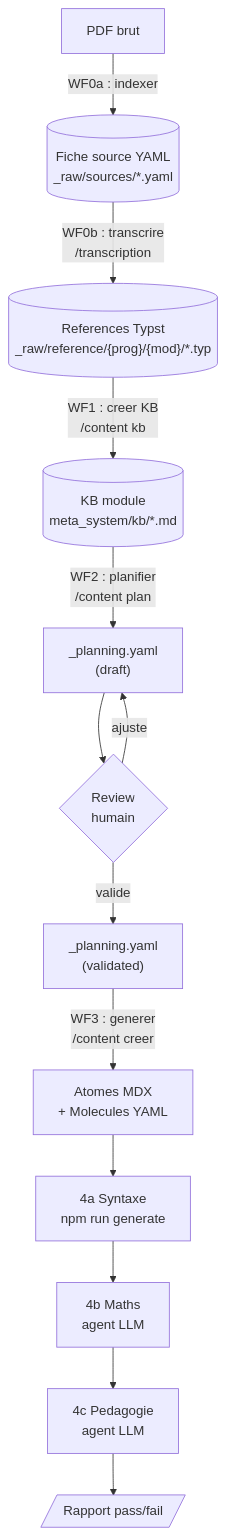
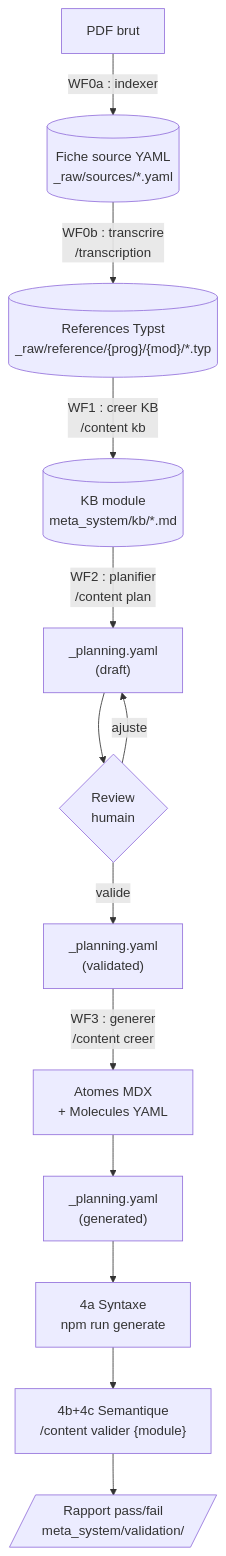
Before and after one commit to bilalYezzaGit/learning-web: the first of 7 diagrams in docs/content-agentic-workflow.md, drawn with Mermaid. The commit also changed other lines of this file and 4 other files, not shown here.

````diff
--- a/docs/content-agentic-workflow.md
+++ b/docs/content-agentic-workflow.md
@@ -41,15 +41,15 @@
 ```mermaid
 flowchart TD
     PDF["PDF brut"] -->|"WF0a : indexer"| Fiche[("Fiche source YAML\n_raw/sources/*.yaml")]
     Fiche -->|"WF0b : transcrire\n/transcription"| Typst[("References Typst\n_raw/reference/{prog}/{mod}/*.typ")]
     Typst -->|"WF1 : creer KB\n/content kb"| KB[("KB module\nmeta_system/kb/*.md")]
     KB -->|"WF2 : planifier\n/content plan"| Plan["_planning.yaml\n(draft)"]
     Plan --> Review{"Review\nhumain"}
     Review -->|"ajuste"| Plan
     Review -->|"valide"| PlanV["_planning.yaml\n(validated)"]
     PlanV -->|"WF3 : generer\n/content creer"| Contenu["Atomes MDX\n+ Molecules YAML"]
-    Contenu --> V4a["4a Syntaxe\nnpm run generate"]
-    V4a --> V4b["4b Maths\nagent LLM"]
-    V4b --> V4c["4c Pedagogie\nagent LLM"]
-    V4c --> Rapport[/"Rapport pass/fail"/]
+    Contenu --> PlanG["_planning.yaml\n(generated)"]
+    PlanG --> V4a["4a Syntaxe\nnpm run generate"]
+    V4a --> V4bc["4b+4c Semantique\n/content valider {module}"]
+    V4bc --> Rapport[/"Rapport pass/fail\nmeta_system/validation/"/]
 ```
````
